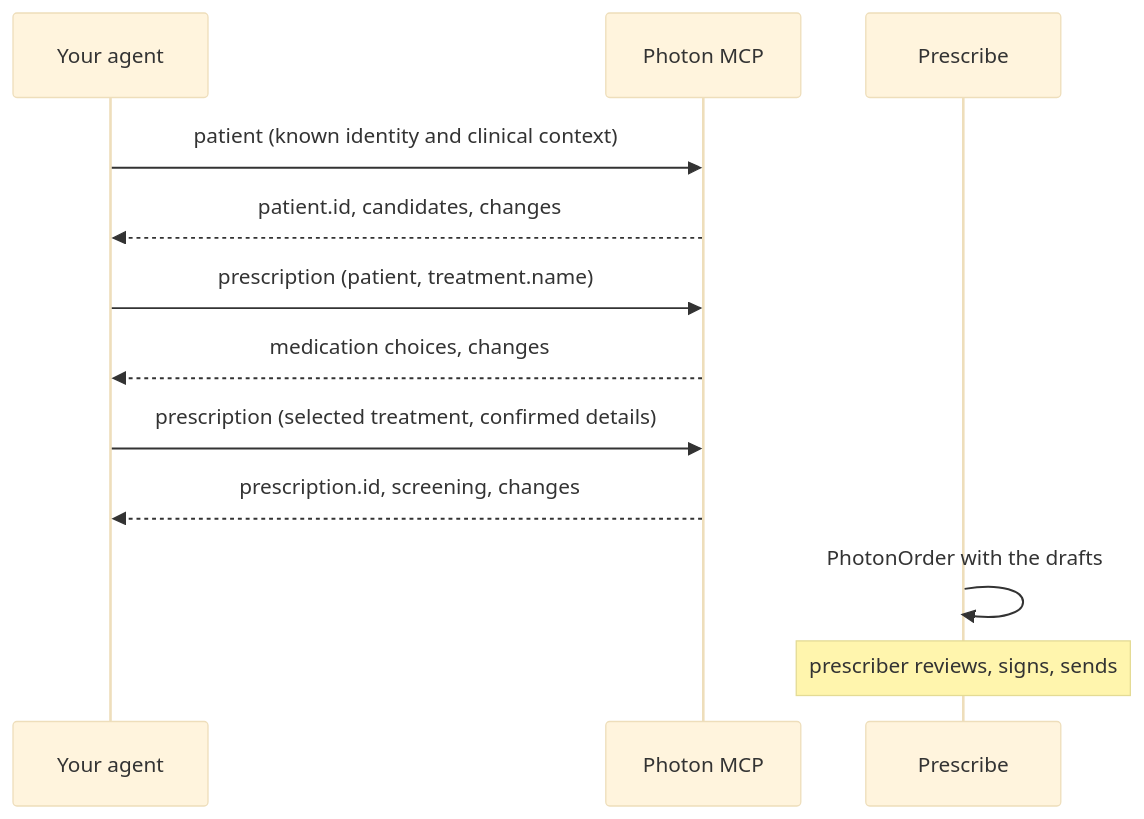
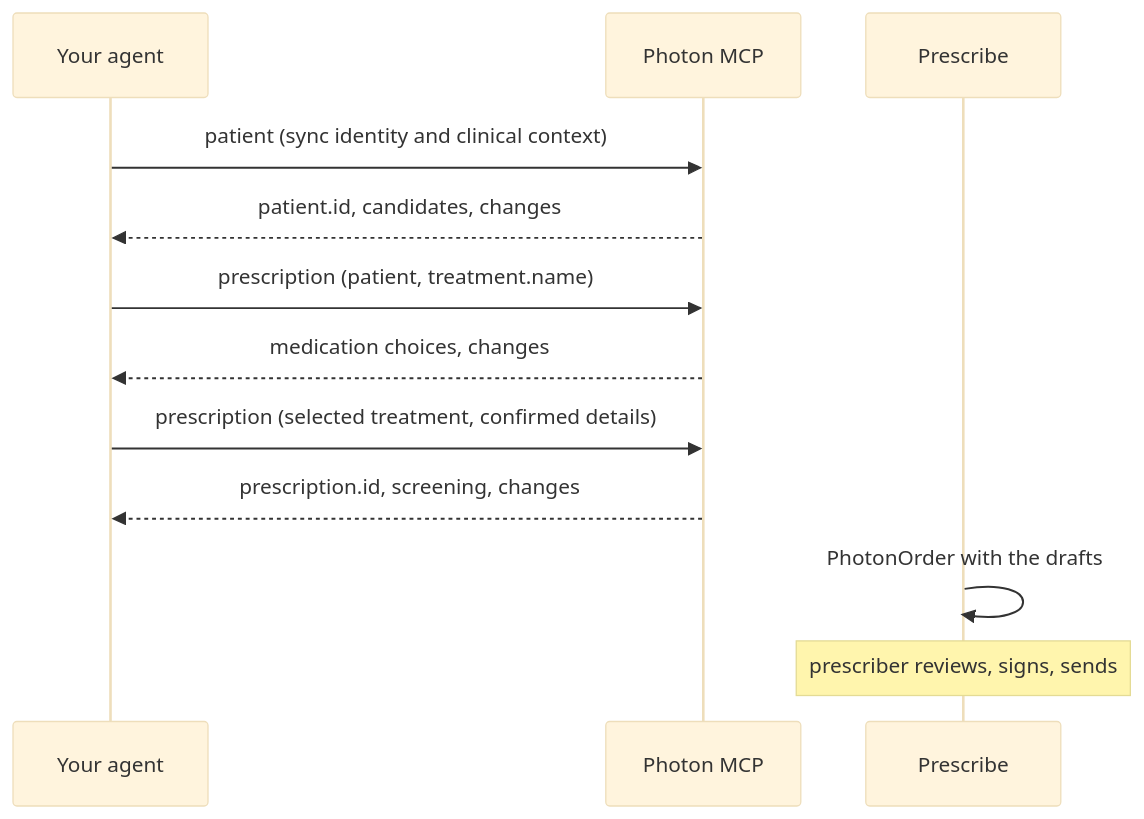
The diagram in integrations/agent-drafted-orders.mdx (Photon-Health/docs), drawn with Mermaid (base theme) before and after one commit. The commit also changed other lines of this file and 5 other files, not shown here.

Commit message:
Lead MCP docs with sending prescriptions and patient sync

````diff
--- a/integrations/agent-drafted-orders.mdx
+++ b/integrations/agent-drafted-orders.mdx
@@ -14,14 +14,14 @@
 ```mermaid
 sequenceDiagram
   participant A as Your agent
   participant M as Photon MCP
   participant F as Prescribe
-  A->>M: patient (known identity and clinical context)
+  A->>M: patient (sync identity and clinical context)
   M-->>A: patient.id, candidates, changes
   A->>M: prescription (patient, treatment.name)
   M-->>A: medication choices, changes
   A->>M: prescription (selected treatment, confirmed details)
   M-->>A: prescription.id, screening, changes
   F->>F: PhotonOrder with the drafts
   Note over F: prescriber reviews, signs, sends
 ```
````
